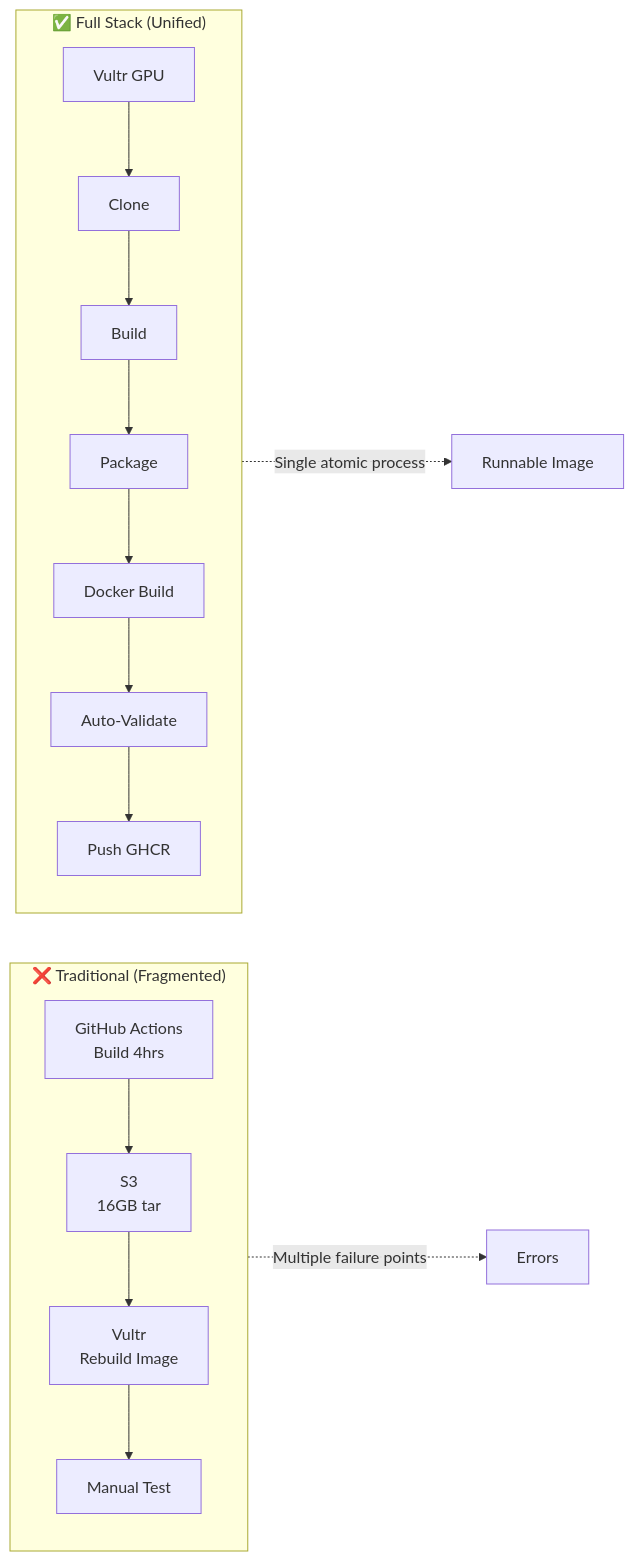
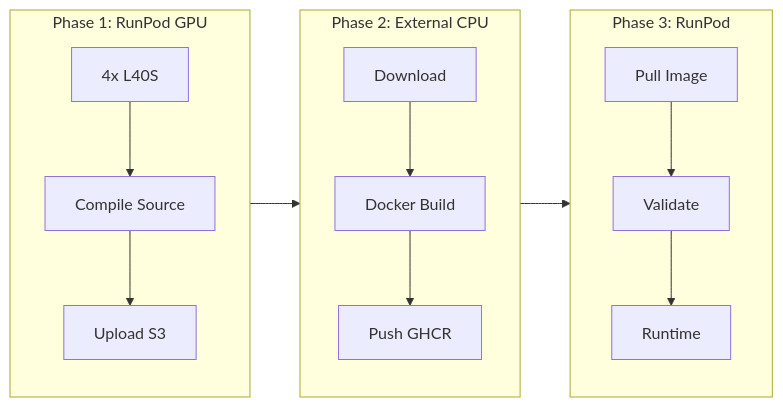
The first of 4 diagrams in docs/FULL_BUILD_README.md (explicitcontextualunderstanding/IsaacSim), drawn with Mermaid before and after one commit. The commit also changed other lines of this file and 7 other files, not shown here.

First line of the commit message:
refactor: Consolidate to RunPod-centric build workflow

````diff
--- a/docs/FULL_BUILD_README.md
+++ b/docs/FULL_BUILD_README.md
@@ -28,20 +23,19 @@
 ```mermaid
 flowchart LR
-    subgraph Traditional["❌ Traditional (Fragmented)"]
-        T1[GitHub Actions<br/>Build 4hrs] --> T2[S3<br/>16GB tar]
-        T2 --> T3[Vultr<br/>Rebuild Image]
-        T3 --> T4[Manual Test]
+    subgraph Build["Phase 1: RunPod GPU"]
+        R1[4x L40S] --> R2[Compile Source]
+        R2 --> R3[Upload S3]
     end
 
-    subgraph Unified["✅ Full Stack (Unified)"]
-        U1[Vultr GPU] --> U2[Clone]
-        U2 --> U3[Build]
-        U3 --> U4[Package]
-        U4 --> U5[Docker Build]
-        U5 --> U6[Auto-Validate]
-        U6 --> U7[Push GHCR]
+    subgraph Assemble["Phase 2: External CPU"]
+        E1[Download] --> E2[Docker Build]
+        E2 --> E3[Push GHCR]
     end
 
-    Traditional -.->|Multiple failure points| Fail[Errors]
-    Unified -.->|Single atomic process| Success[Runnable Image]
+    subgraph Deploy["Phase 3: RunPod"]
+        D1[Pull Image] --> D2[Validate]
+        D2 --> D3[Runtime]
+    end
+
+    Build --> Assemble --> Deploy
 ```
````
